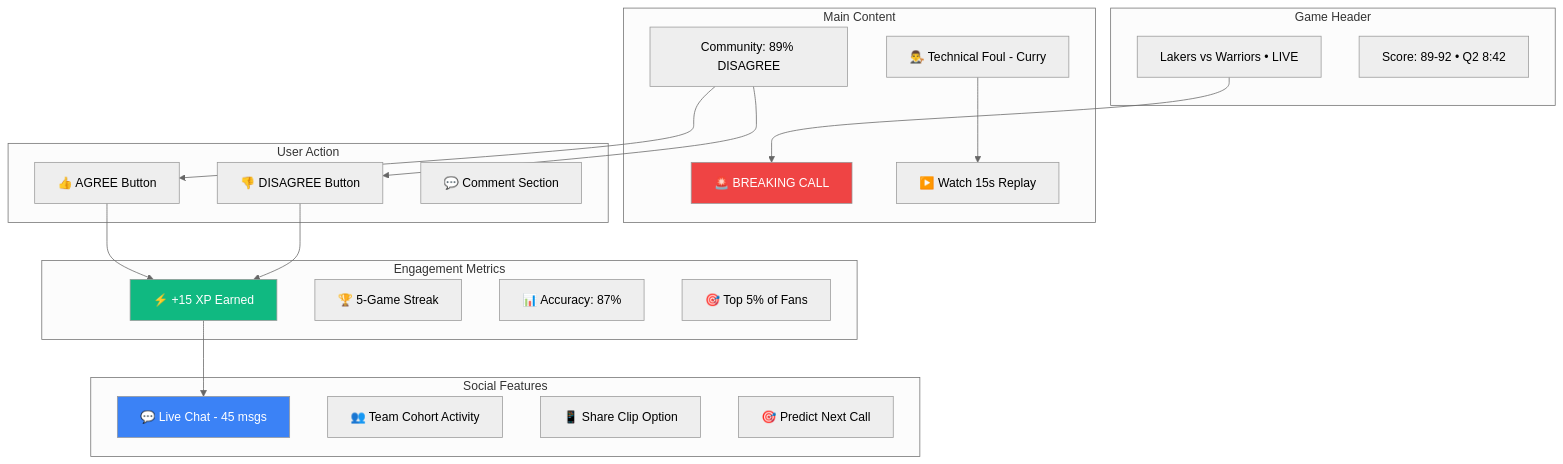
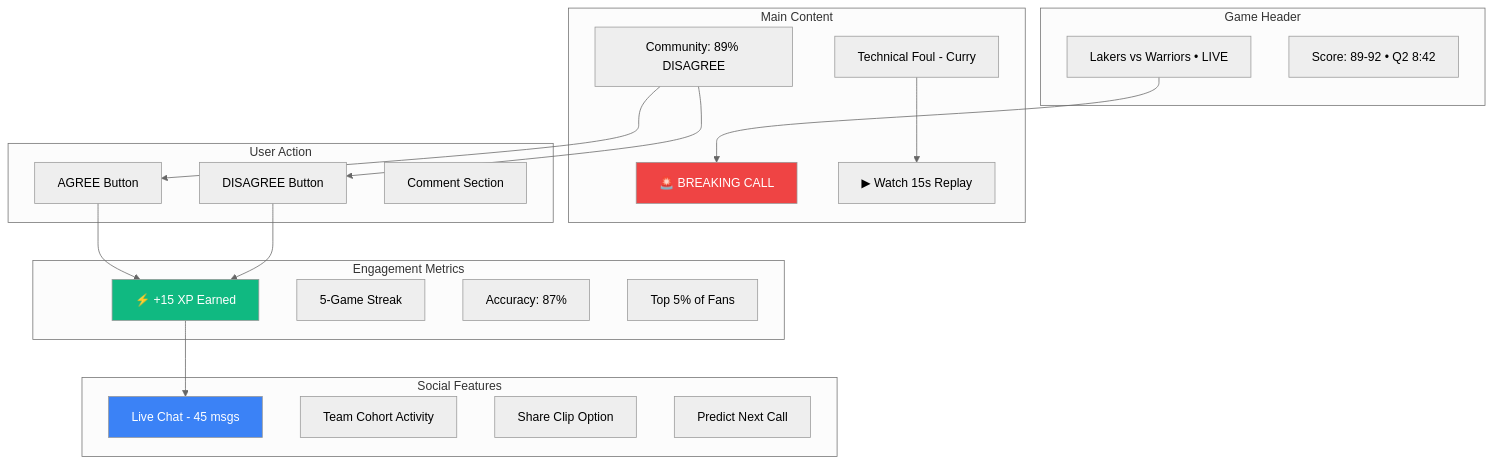
One commit to SkaFld-Ignite/ref-u-wireframes changed the fourth of 9 diagrams in docs/investor-flows.md. Above: the diagram before and after it, drawn with Mermaid (neutral theme). The commit also changed other lines of this file and 8 other files, not shown here.

````diff
--- a/docs/investor-flows.md
+++ b/docs/investor-flows.md
@@ -141,46 +141,46 @@
 ```mermaid
 graph TB
     subgraph "Game Header"
         A1[Lakers vs Warriors • LIVE]
         A2[Score: 89-92 • Q2 8:42]
     end
     
     subgraph "Main Content"
         B1[🚨 BREAKING CALL]
-        B2[👨‍⚖️ Technical Foul - Curry]
-        B3[▶️ Watch 15s Replay]
+        B2[ Technical Foul - Curry]
+        B3[▶ Watch 15s Replay]
         B4[Community: 89% DISAGREE]
     end
     
     subgraph "User Action"
-        C1[👍 AGREE Button]
-        C2[👎 DISAGREE Button]
-        C3[💬 Comment Section]
+        C1[ AGREE Button]
+        C2[ DISAGREE Button]
+        C3[ Comment Section]
     end
     
     subgraph "Engagement Metrics"
         D1[⚡ +15 XP Earned]
-        D2[🏆 5-Game Streak]
-        D3[📊 Accuracy: 87%]
-        D4[🎯 Top 5% of Fans]
+        D2[ 5-Game Streak]
+        D3[ Accuracy: 87%]
+        D4[ Top 5% of Fans]
     end
     
     subgraph "Social Features"
-        E1[💬 Live Chat - 45 msgs]
-        E2[👥 Team Cohort Activity]
-        E3[📱 Share Clip Option]
-        E4[🎯 Predict Next Call]
+        E1[ Live Chat - 45 msgs]
+        E2[ Team Cohort Activity]
+        E3[ Share Clip Option]
+        E4[ Predict Next Call]
     end
     
     A1 --> B1
     B2 --> B3
     B4 --> C1
     B4 --> C2
     C1 --> D1
     C2 --> D1
     D1 --> E1
     
     style B1 fill:#ef4444,color:white
     style D1 fill:#10b981,color:white
     style E1 fill:#3b82f6,color:white
 ```
````
